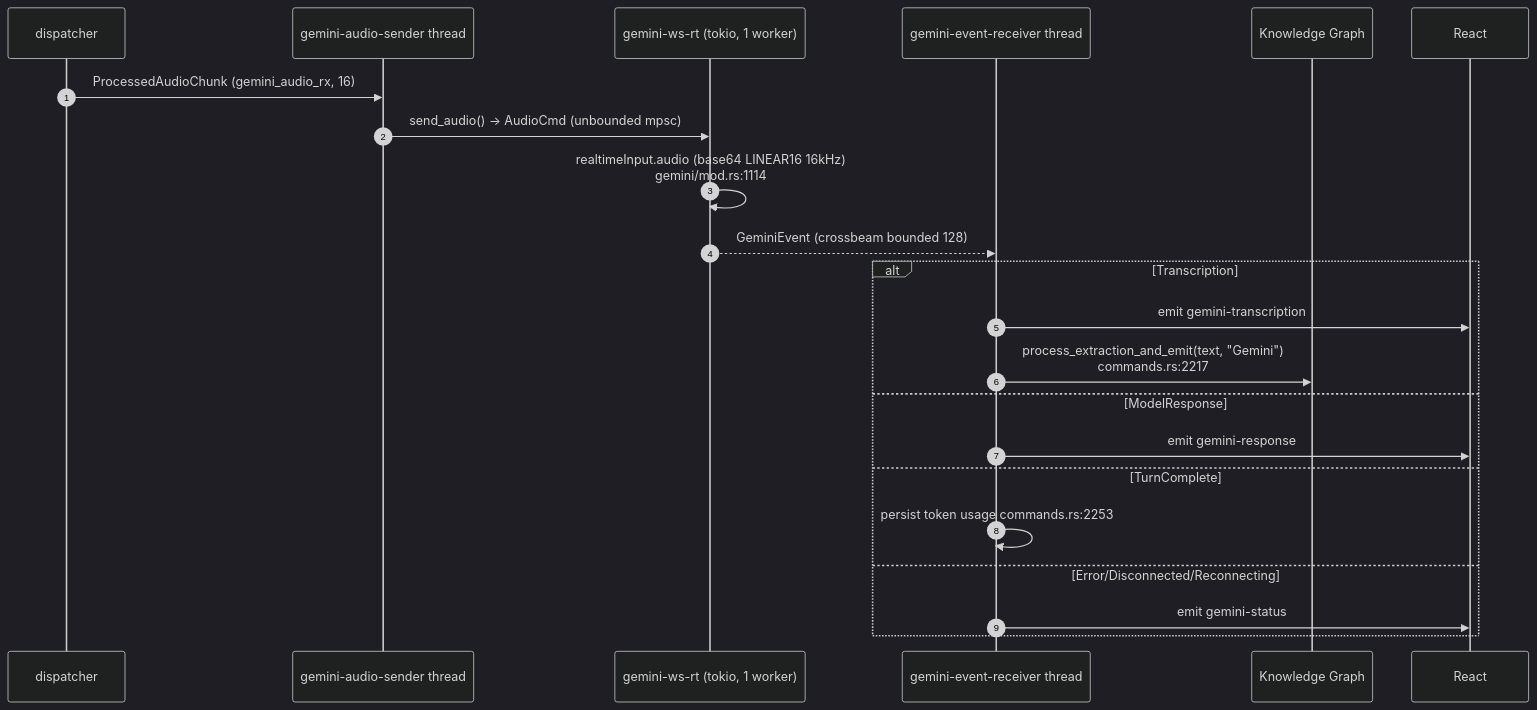
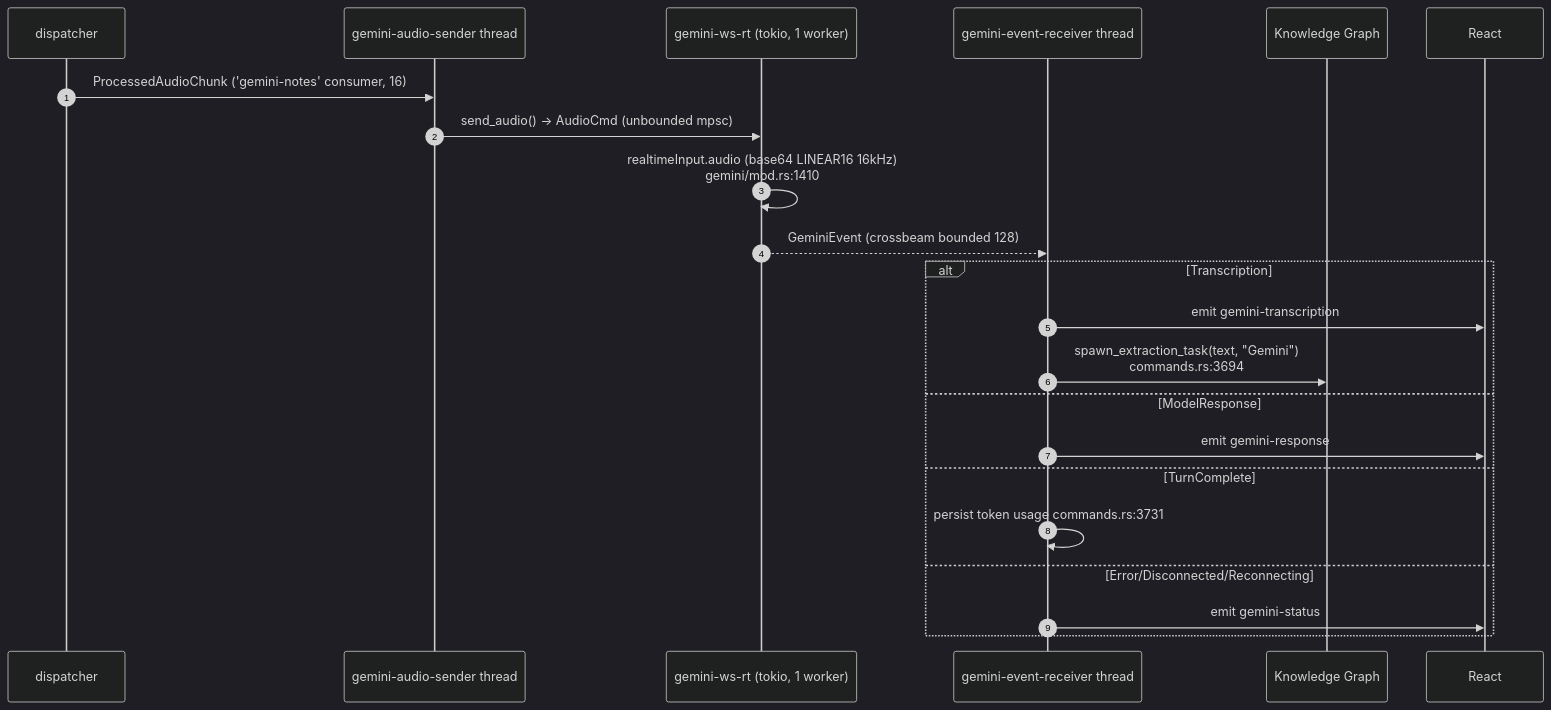
The seventh of 11 diagrams in docs/DATA_FLOW.md (Codeseys-Labs/audio-graph), drawn with Mermaid (dark theme) before and after one commit. The commit also changed other lines of this file and 2 other files, not shown here.

First line of the commit message:
docs(audio-pipeline): refresh guide + inline docs (seed audio-graph-53a6)

````diff
--- a/docs/DATA_FLOW.md
+++ b/docs/DATA_FLOW.md
@@ -348,25 +414,25 @@
 ```mermaid
 sequenceDiagram
     autonumber
     participant DISP as dispatcher
     participant SEND as gemini-audio-sender thread
     participant RT as gemini-ws-rt (tokio, 1 worker)
     participant RX as gemini-event-receiver thread
     participant G as Knowledge Graph
     participant UI as React
 
-    DISP->>SEND: ProcessedAudioChunk (gemini_audio_rx, 16)
+    DISP->>SEND: ProcessedAudioChunk ('gemini-notes' consumer, 16)
     SEND->>RT: send_audio() → AudioCmd (unbounded mpsc)
-    RT->>RT: realtimeInput.audio (base64 LINEAR16 16kHz)<br/>gemini/mod.rs:1114
+    RT->>RT: realtimeInput.audio (base64 LINEAR16 16kHz)<br/>gemini/mod.rs:1410
     RT-->>RX: GeminiEvent (crossbeam bounded 128)
     alt Transcription
         RX->>UI: emit gemini-transcription
-        RX->>G: process_extraction_and_emit(text, "Gemini")<br/>commands.rs:2217
+        RX->>G: spawn_extraction_task(text, "Gemini")<br/>commands.rs:3694
     else ModelResponse
         RX->>UI: emit gemini-response
     else TurnComplete
-        RX->>RX: persist token usage  commands.rs:2253
+        RX->>RX: persist token usage  commands.rs:3731
     else Error/Disconnected/Reconnecting
         RX->>UI: emit gemini-status
     end
 ```
````
